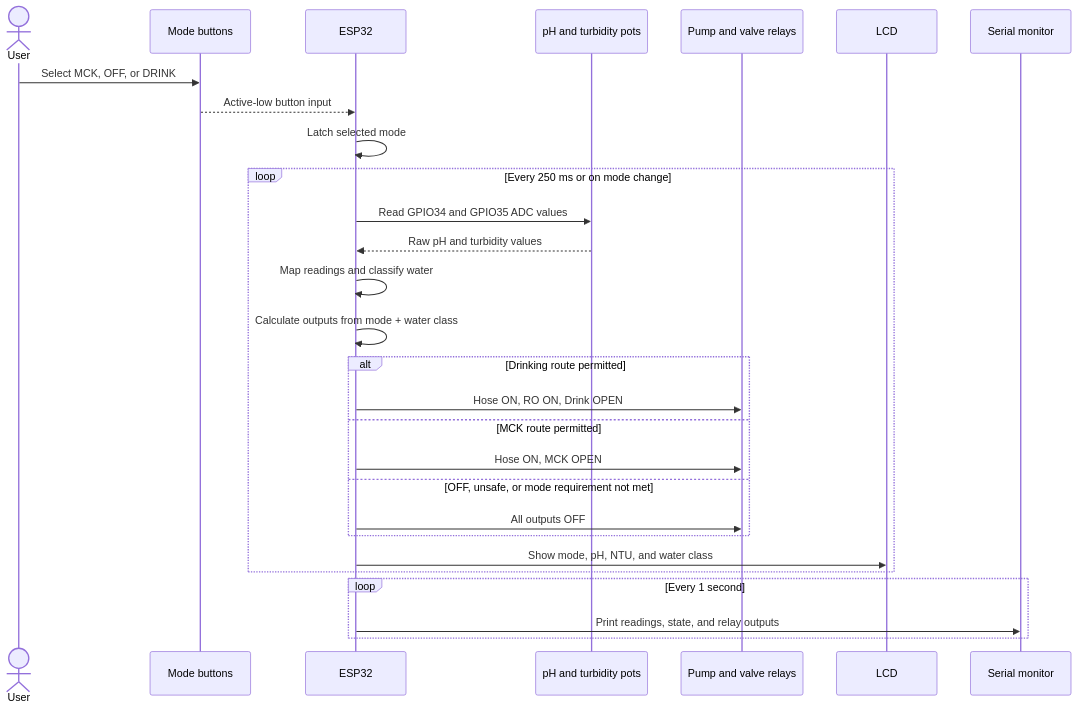
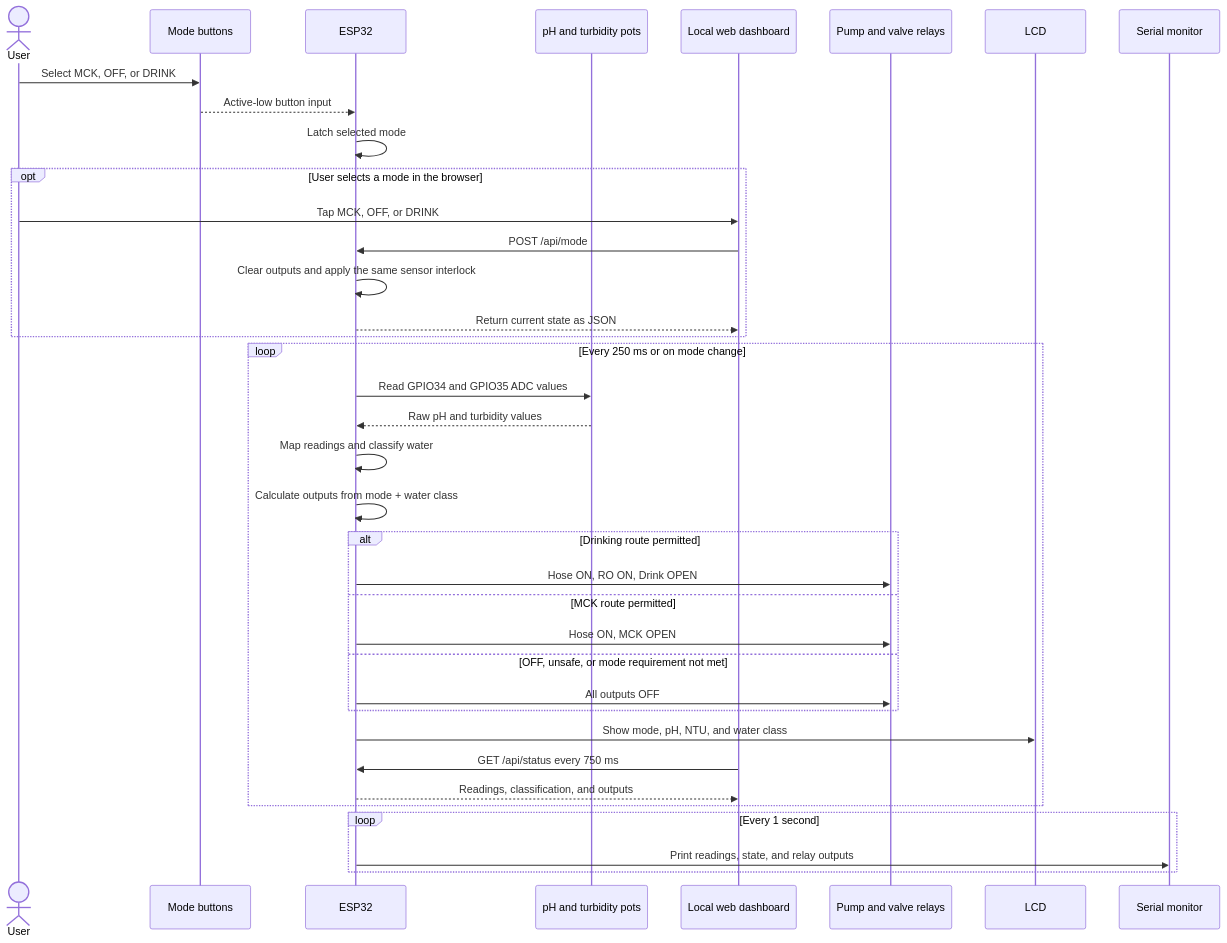
The second of 2 diagrams in O.A.S.I.S/README.md (AlexanderChristhian/O.A.S.I.S), drawn with Mermaid before and after one commit. The commit also changed other lines of this file and 5 other files, not shown here.

````diff
--- a/O.A.S.I.S/README.md
+++ b/O.A.S.I.S/README.md
@@ -94,35 +108,45 @@
 ```mermaid
 sequenceDiagram
     actor User
     participant Buttons as Mode buttons
     participant ESP32
     participant Sensors as pH and turbidity pots
+    participant Web as Local web dashboard
     participant Relays as Pump and valve relays
     participant LCD
     participant Serial as Serial monitor
 
     User->>Buttons: Select MCK, OFF, or DRINK
     Buttons-->>ESP32: Active-low button input
     ESP32->>ESP32: Latch selected mode
+
+    opt User selects a mode in the browser
+        User->>Web: Tap MCK, OFF, or DRINK
+        Web->>ESP32: POST /api/mode
+        ESP32->>ESP32: Clear outputs and apply the same sensor interlock
+        ESP32-->>Web: Return current state as JSON
+    end
 
     loop Every 250 ms or on mode change
         ESP32->>Sensors: Read GPIO34 and GPIO35 ADC values
         Sensors-->>ESP32: Raw pH and turbidity values
         ESP32->>ESP32: Map readings and classify water
         ESP32->>ESP32: Calculate outputs from mode + water class
 
         alt Drinking route permitted
             ESP32->>Relays: Hose ON, RO ON, Drink OPEN
         else MCK route permitted
             ESP32->>Relays: Hose ON, MCK OPEN
         else OFF, unsafe, or mode requirement not met
             ESP32->>Relays: All outputs OFF
         end
 
         ESP32->>LCD: Show mode, pH, NTU, and water class
+        Web->>ESP32: GET /api/status every 750 ms
+        ESP32-->>Web: Readings, classification, and outputs
     end
 
     loop Every 1 second
         ESP32->>Serial: Print readings, state, and relay outputs
     end
 ```
````
